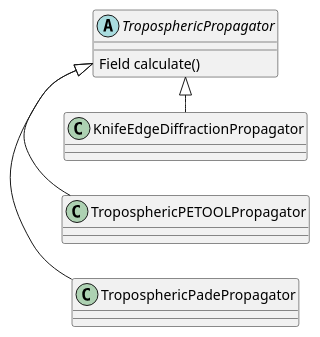
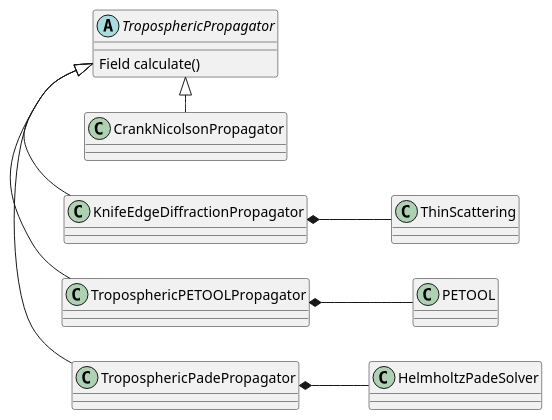
One commit to mikelytaev/wave-propagation changed the diagram in examples/phd_thesis/wpclassdiag3.puml. Above: the diagram before and after it, drawn with PlantUML. The commit also changed 3 other files, not shown here.

Commit message:
uml diagrams fixes; elevated duct example fix

```diff
--- a/examples/phd_thesis/wpclassdiag3.puml
+++ b/examples/phd_thesis/wpclassdiag3.puml
@@ -1,18 +1,21 @@
 @startuml
 left to right direction
 
 abstract class TroposphericPropagator {
 Field calculate()
 }
 
 class TroposphericPadePropagator {
 
 }
 
 TroposphericPropagator <|- TroposphericPadePropagator
 TroposphericPropagator <|- TroposphericPETOOLPropagator
 TroposphericPropagator <|- KnifeEdgeDiffractionPropagator
+TroposphericPropagator <|- CrankNicolsonPropagator
 
-
+TroposphericPadePropagator *-- HelmholtzPadeSolver
+KnifeEdgeDiffractionPropagator *-- ThinScattering
+TroposphericPETOOLPropagator *-- PETOOL
 
 @enduml
```
